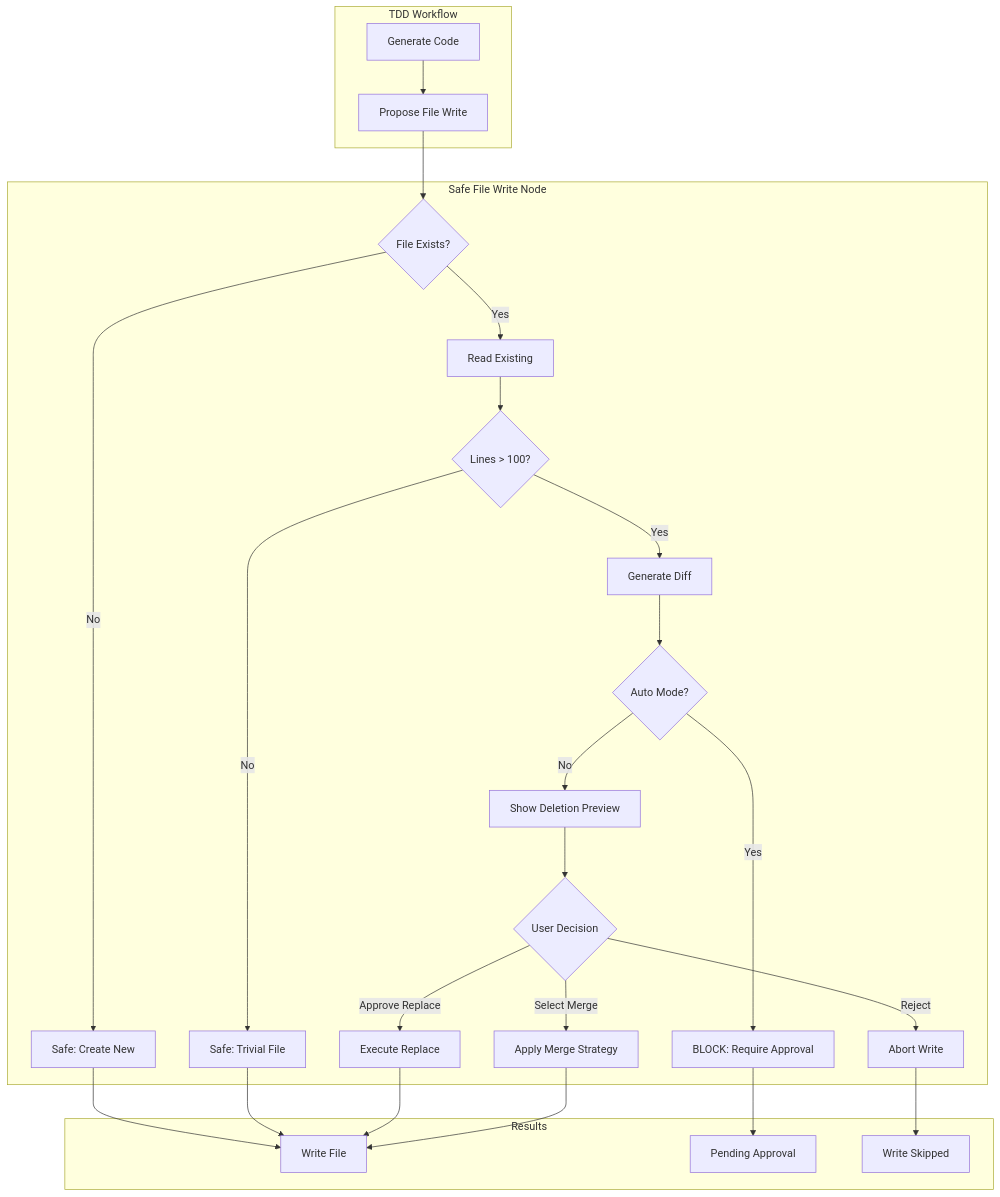
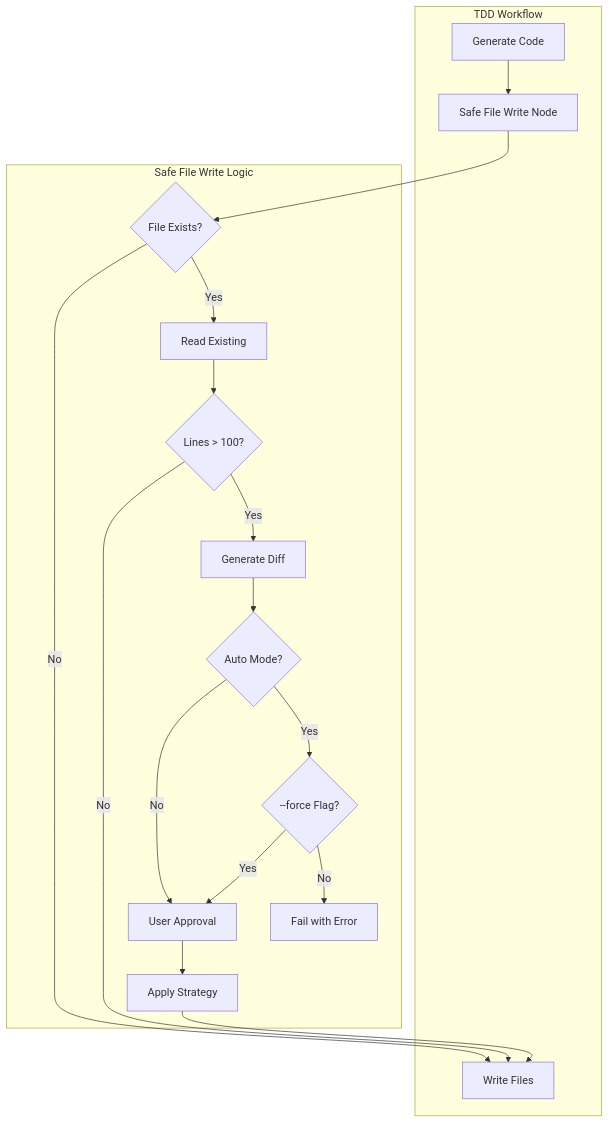
Before and after one commit to martymcenroe/AgentOS: the diagram in docs/lineage/active/173-lld/002-draft.md, drawn with Mermaid. The commit also changed other lines of this file and 5 other files, not shown here.

````diff
--- a/docs/lineage/active/173-lld/002-draft.md
+++ b/docs/lineage/active/173-lld/002-draft.md
@@ -248,31 +270,35 @@
 ```mermaid
 flowchart TD
     subgraph TDD["TDD Workflow"]
-        A[Generate Code] --> B[Propose File Write]
+        GEN[Generate Code]
+        SAFE[Safe File Write Node]
+        WRITE[Write Files]
     end
     
-    subgraph Guard["Safe File Write Node"]
-        B --> C{File Exists?}
-        C -->|No| D[Safe: Create New]
-        C -->|Yes| E[Read Existing]
-        E --> F{Lines > 100?}
-        F -->|No| G[Safe: Trivial File]
-        F -->|Yes| H[Generate Diff]
-        H --> I{Auto Mode?}
-        I -->|Yes| J[BLOCK: Require Approval]
-        I -->|No| K[Show Deletion Preview]
-        K --> L{User Decision}
-        L -->|Approve Replace| M[Execute Replace]
-        L -->|Select Merge| N[Apply Merge Strategy]
-        L -->|Reject| O[Abort Write]
+    subgraph SafeWrite["Safe File Write Logic"]
+        CHECK{File Exists?}
+        READ[Read Existing]
+        COUNT{Lines > 100?}
+        DIFF[Generate Diff]
+        AUTO{Auto Mode?}
+        FORCE{--force Flag?}
+        PROMPT[User Approval]
+        MERGE[Apply Strategy]
+        FAIL[Fail with Error]
     end
     
-    subgraph Output["Results"]
-        D --> P[Write File]
-        G --> P
-        M --> P
-        N --> P
-        J --> Q[Pending Approval]
-        O --> R[Write Skipped]
-    end
+    GEN --> SAFE
+    SAFE --> CHECK
+    CHECK -->|No| WRITE
+    CHECK -->|Yes| READ
+    READ --> COUNT
+    COUNT -->|No| WRITE
+    COUNT -->|Yes| DIFF
+    DIFF --> AUTO
+    AUTO -->|No| PROMPT
+    AUTO -->|Yes| FORCE
+    FORCE -->|Yes| PROMPT
+    FORCE -->|No| FAIL
+    PROMPT --> MERGE
+    MERGE --> WRITE
 ```
````
